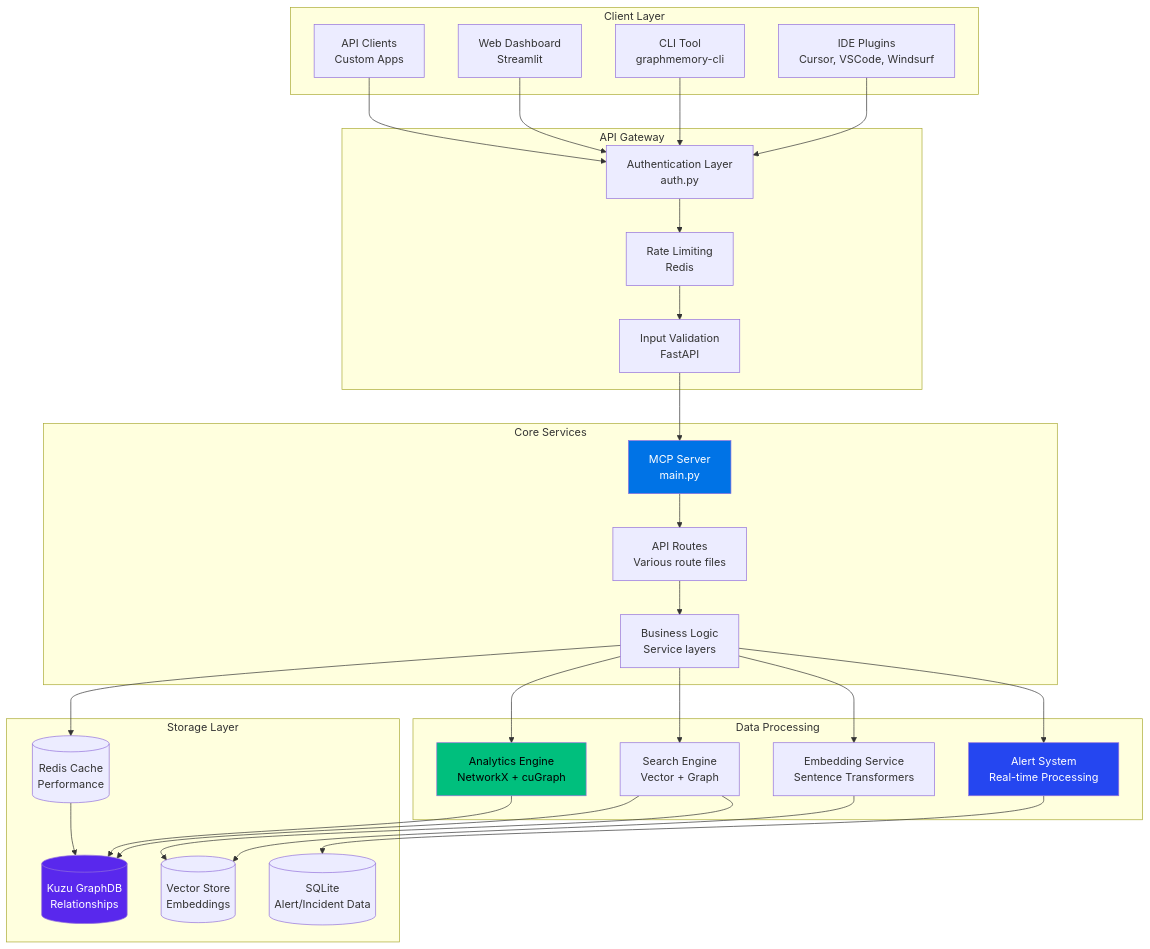
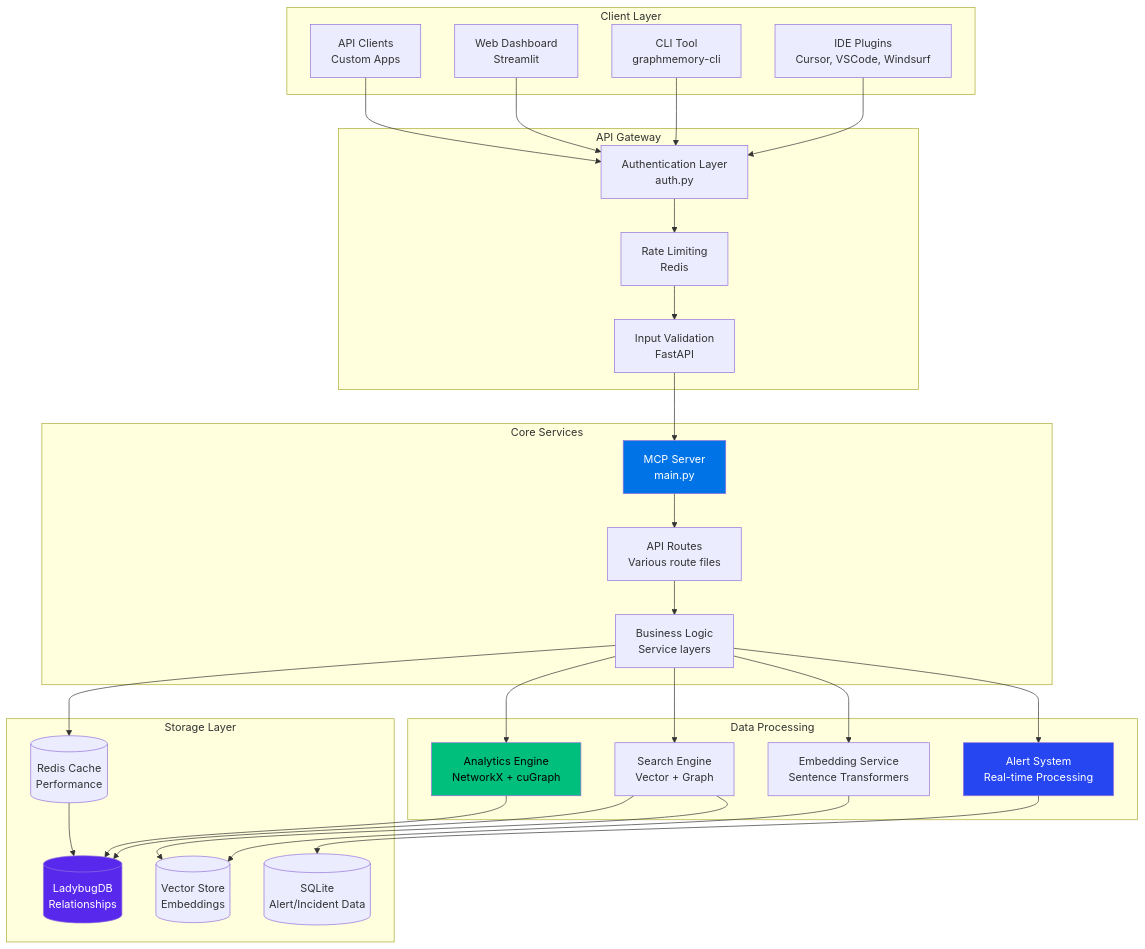
One commit to elementalcollision/GraphMemory-IDE changed the first of 13 diagrams in docs/architecture/CODE_PATHS.md. Above: the diagram before and after it, drawn with Mermaid. The commit also changed other lines of this file and 120 other files, not shown here.

First line of the commit message:
Kuzu → LadybugDB migration (Phases 0–9 + follow-up) (#4)

````diff
--- a/docs/architecture/CODE_PATHS.md
+++ b/docs/architecture/CODE_PATHS.md
@@ -11,66 +11,66 @@
 ```mermaid
 graph TB
     subgraph "Client Layer"
         IDE[IDE Plugins<br/>Cursor, VSCode, Windsurf]
         CLI[CLI Tool<br/>graphmemory-cli]
         WEB[Web Dashboard<br/>Streamlit]
         API_CLIENT[API Clients<br/>Custom Apps]
     end
     
     subgraph "API Gateway"
         AUTH[Authentication Layer<br/>auth.py]
         RATE[Rate Limiting<br/>Redis]
         VALIDATE[Input Validation<br/>FastAPI]
     end
     
     subgraph "Core Services"
         MCP[MCP Server<br/>main.py]
         ROUTES[API Routes<br/>Various route files]
         BUSINESS[Business Logic<br/>Service layers]
     end
     
     subgraph "Data Processing"
         EMBED[Embedding Service<br/>Sentence Transformers]
         SEARCH[Search Engine<br/>Vector + Graph]
         ANALYTICS[Analytics Engine<br/>NetworkX + cuGraph]
         ALERTS[Alert System<br/>Real-time Processing]
     end
     
     subgraph "Storage Layer"
-        KUZU[(Kuzu GraphDB<br/>Relationships)]
+        LADYBUG[(LadybugDB<br/>Relationships)]
         VECTOR[(Vector Store<br/>Embeddings)]
         CACHE[(Redis Cache<br/>Performance)]
         SQLITE[(SQLite<br/>Alert/Incident Data)]
     end
     
     IDE --> AUTH
     CLI --> AUTH
     WEB --> AUTH
     API_CLIENT --> AUTH
     
     AUTH --> RATE
     RATE --> VALIDATE
     VALIDATE --> MCP
     
     MCP --> ROUTES
     ROUTES --> BUSINESS
     
     BUSINESS --> EMBED
     BUSINESS --> SEARCH
     BUSINESS --> ANALYTICS
     BUSINESS --> ALERTS
     
     EMBED --> VECTOR
-    SEARCH --> KUZU
+    SEARCH --> LADYBUG
     SEARCH --> VECTOR
-    ANALYTICS --> KUZU
+    ANALYTICS --> LADYBUG
     ALERTS --> SQLITE
     
     BUSINESS --> CACHE
-    CACHE --> KUZU
+    CACHE --> LADYBUG
     
     style MCP fill:#0073e6,color:#ffffff
     style ALERTS fill:#2546f0,color:#ffffff
     style ANALYTICS fill:#00bf7d,color:#000000
-    style KUZU fill:#5928ed,color:#ffffff
+    style LADYBUG fill:#5928ed,color:#ffffff
 ```
````
